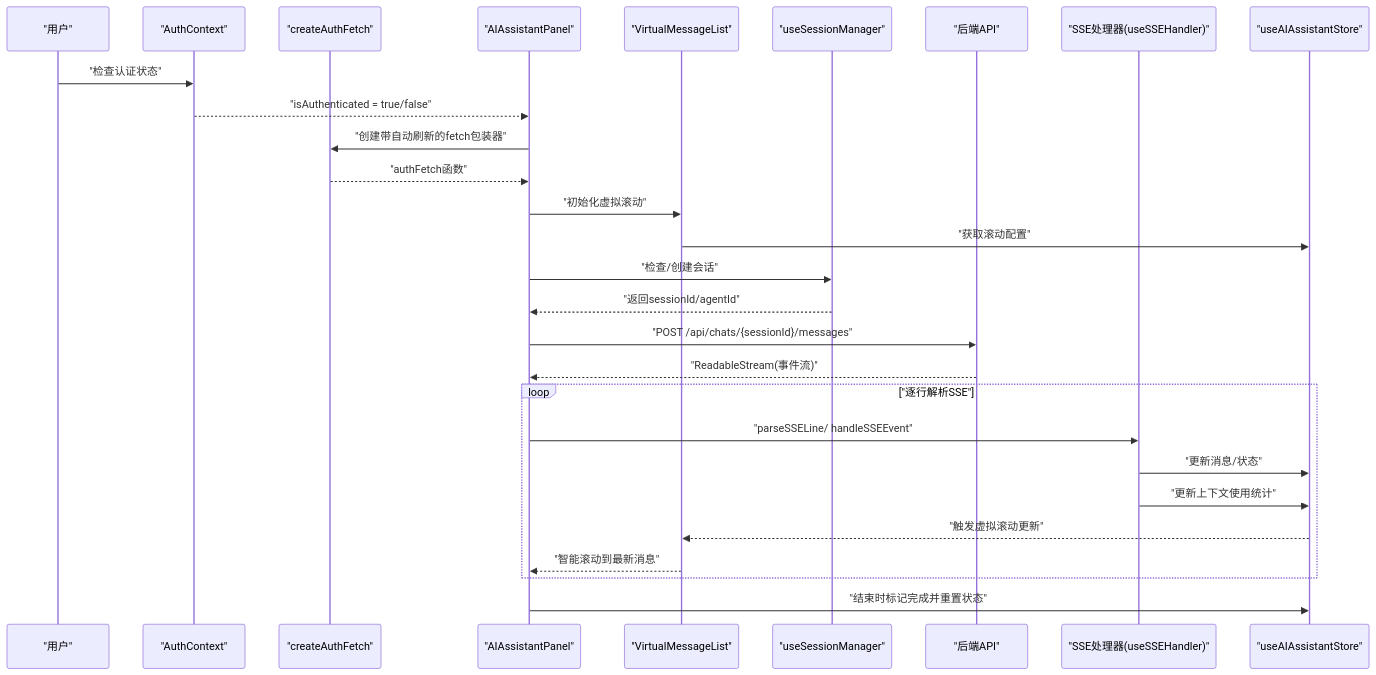
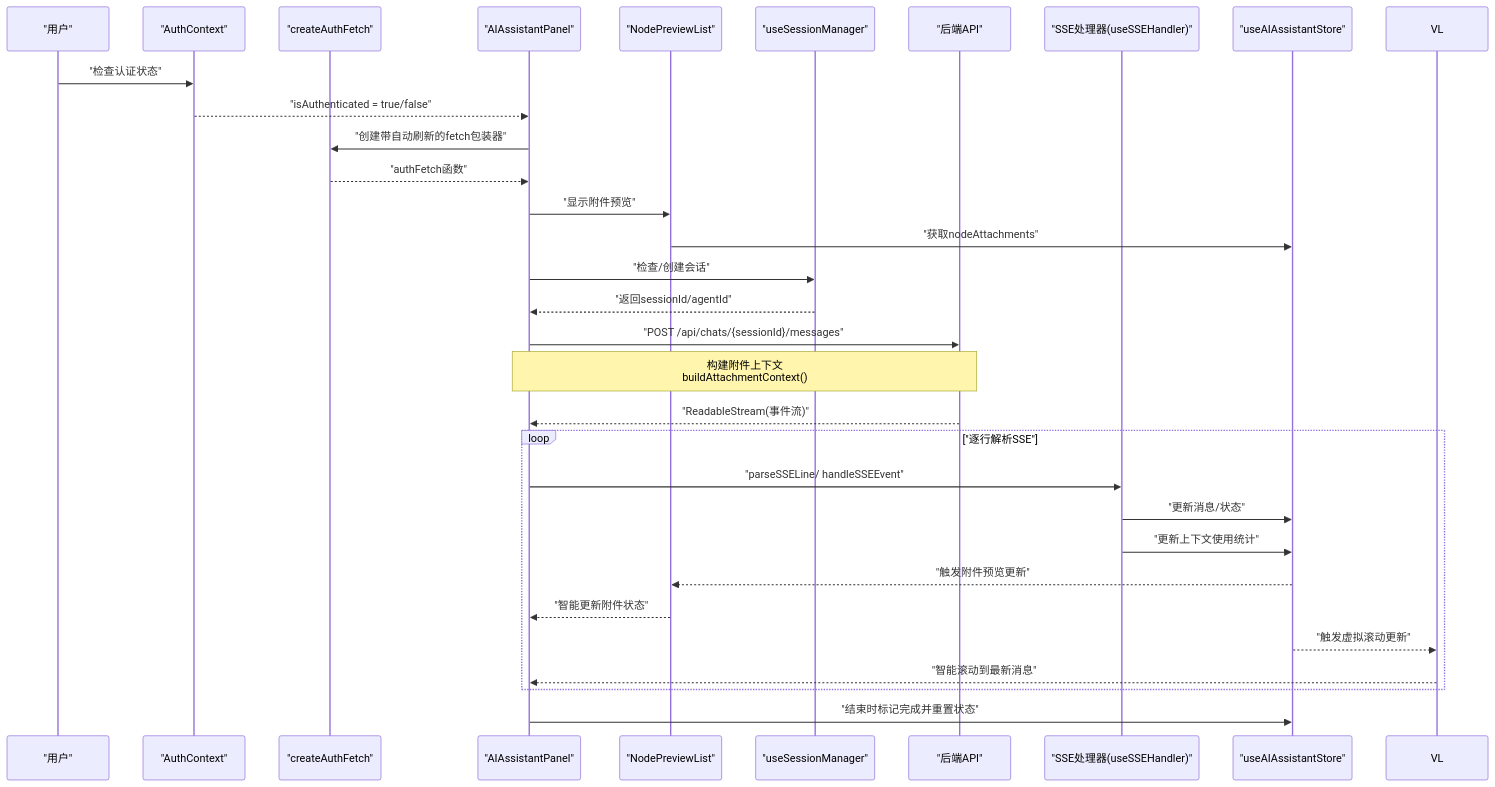
The second of 25 diagrams in .qoder/repowiki/zh/content/前端应用架构/UI组件库/画布组件系统/AI助手面板/AI助手面板.md (KunLabAI/KunFlix), drawn with Mermaid before and after one commit. The commit also changed other lines of this file and 14 other files, not shown here.

````diff
--- a/.qoder/repowiki/zh/content/前端应用架构/UI组件库/画布组件系统/AI助手面板/AI助手面板.md
+++ b/.qoder/repowiki/zh/content/前端应用架构/UI组件库/画布组件系统/AI助手面板/AI助手面板.md
@@ -210,30 +243,33 @@
 ```mermaid
 sequenceDiagram
 participant U as "用户"
 participant A as "AuthContext"
 participant PF as "createAuthFetch"
 participant P as "AIAssistantPanel"
-participant VL as "VirtualMessageList"
+participant NP as "NodePreviewList"
 participant S as "useSessionManager"
 participant N as "后端API"
 participant SSE as "SSE处理器(useSSEHandler)"
 participant ST as "useAIAssistantStore"
 U->>A : "检查认证状态"
 A-->>P : "isAuthenticated = true/false"
 P->>PF : "创建带自动刷新的fetch包装器"
 PF-->>P : "authFetch函数"
-P->>VL : "初始化虚拟滚动"
-VL->>ST : "获取滚动配置"
+P->>NP : "显示附件预览"
+NP->>ST : "获取nodeAttachments"
 P->>S : "检查/创建会话"
 S-->>P : "返回sessionId/agentId"
 P->>N : "POST /api/chats/{sessionId}/messages"
+Note over P,N : 构建附件上下文<br/>buildAttachmentContext()
 N-->>P : "ReadableStream(事件流)"
 loop "逐行解析SSE"
 P->>SSE : "parseSSELine/ handleSSEEvent"
 SSE->>ST : "更新消息/状态"
 SSE->>ST : "更新上下文使用统计"
+ST-->>NP : "触发附件预览更新"
+NP-->>P : "智能更新附件状态"
 ST-->>VL : "触发虚拟滚动更新"
 VL-->>P : "智能滚动到最新消息"
 end
 P->>ST : "结束时标记完成并重置状态"
 ```
````
